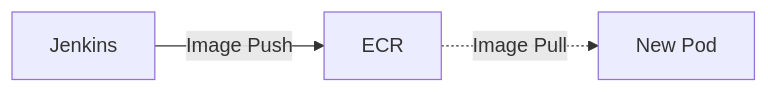
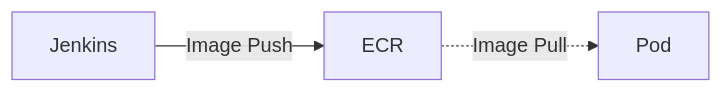
The third of 7 diagrams in _posts/2026-08-16-jenkins-eks-deployment-flow.md (jw3418/jw3418.github.io), drawn with Mermaid before and after one commit. The commit also changed other lines of this file, not shown here.

````diff
--- a/_posts/2026-08-16-jenkins-eks-deployment-flow.md
+++ b/_posts/2026-08-16-jenkins-eks-deployment-flow.md
@@ -160,5 +107,5 @@
 ```mermaid
 flowchart LR
     J["Jenkins"] -->|"Image Push"| E["ECR"]
-    E -. "Image Pull" .-> P["New Pod"]
+    E -. "Image Pull" .-> P["Pod"]
 ```
````
